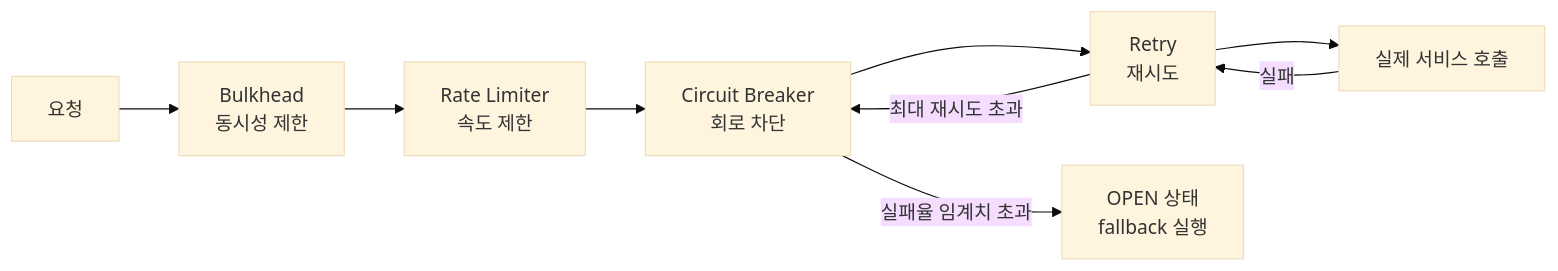
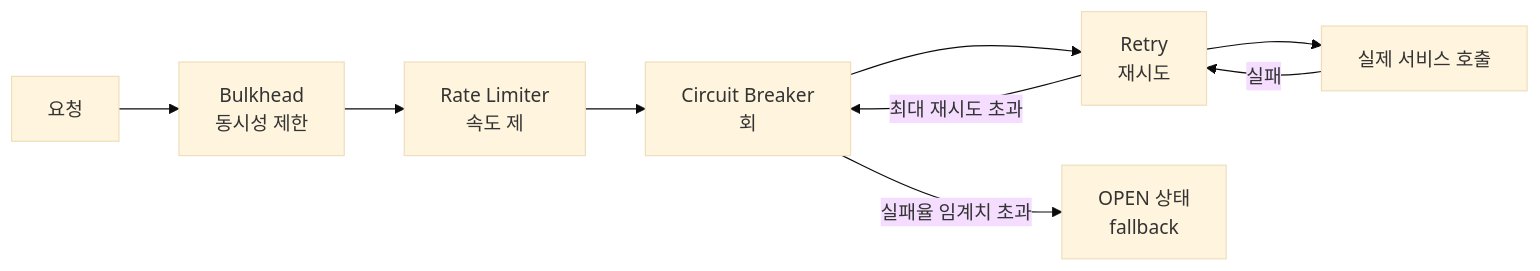
One commit to yjkim2015/yjkim2015.github.io changed the second of 2 diagrams in _posts/spring/2026-05-01-spring-resilience.md. Above: the diagram before and after it, drawn with Mermaid (base theme). The commit also changed 271 other files, not shown here.

First line of the commit message:
Mermaid 라벨 축소: 긴 노드 텍스트 18자 이하로 트림 + \n 제거

````diff
--- a/_posts/spring/2026-05-01-spring-resilience.md
+++ b/_posts/spring/2026-05-01-spring-resilience.md
@@ -246,11 +246,11 @@
 ```mermaid
 graph LR
     REQ["요청"] --> BH["Bulkhead\n동시성 제한"]
-    BH --> RL["Rate Limiter\n속도 제한"]
-    RL --> CB["Circuit Breaker\n회로 차단"]
+    BH --> RL["Rate Limiter\n속도 제"]
+    RL --> CB["Circuit Breaker\n회"]
     CB --> RT["Retry\n재시도"]
     RT --> SVC["실제 서비스 호출"]
     SVC -->|"실패"| RT
     RT -->|"최대 재시도 초과"| CB
-    CB -->|"실패율 임계치 초과"| OPEN["OPEN 상태\nfallback 실행"]
+    CB -->|"실패율 임계치 초과"| OPEN["OPEN 상태\nfallback"]
 ```
````
